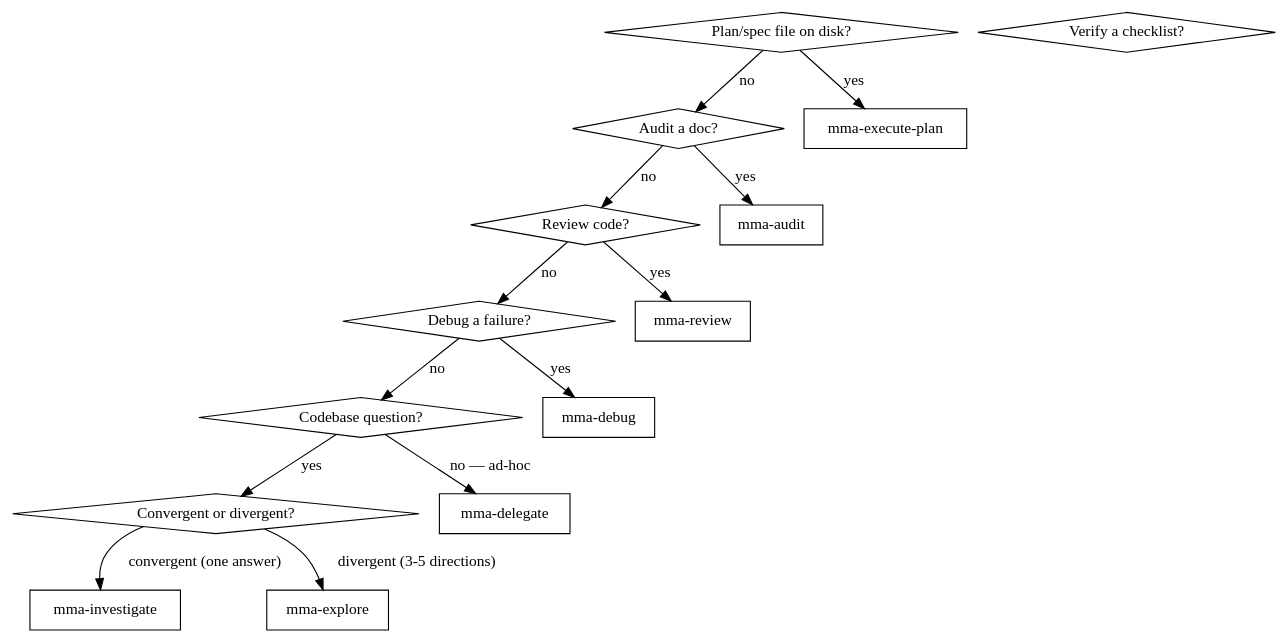
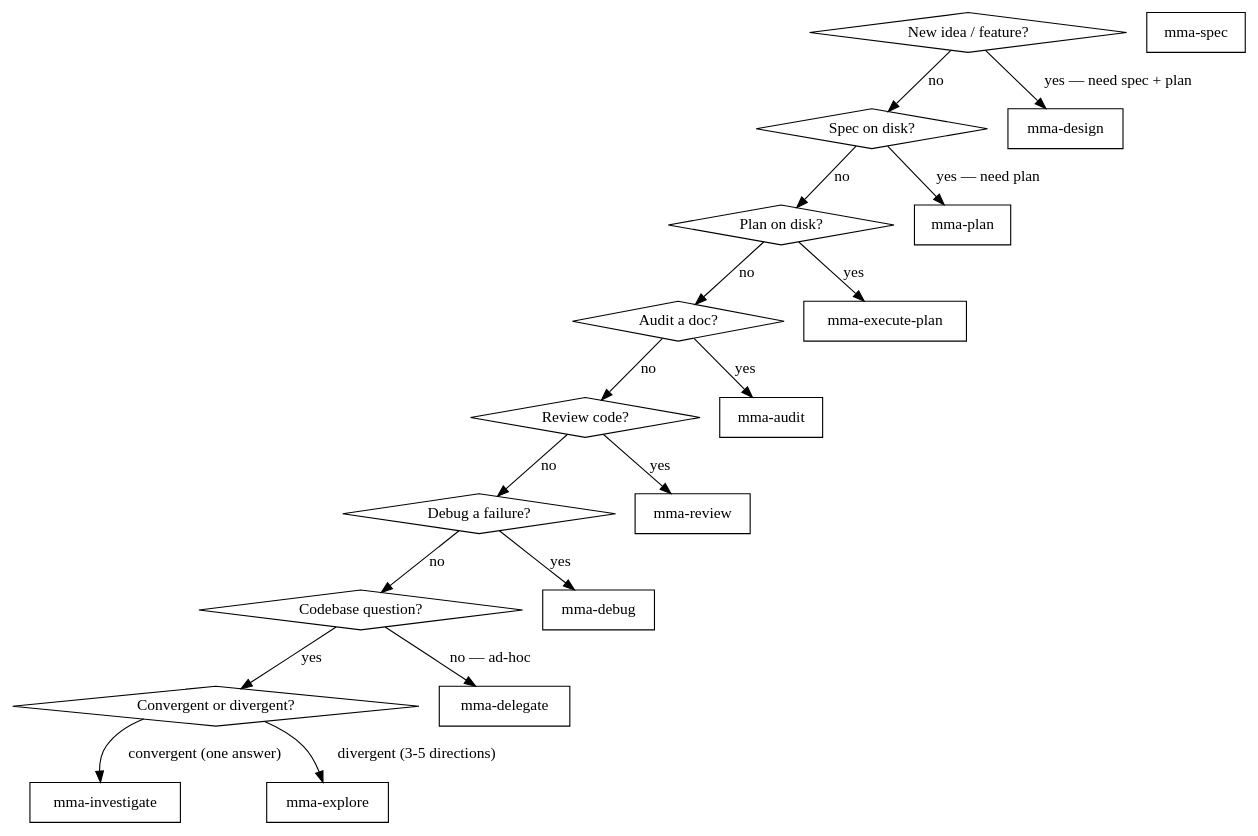
The diagram in packages/server/src/skills/multi-model-agent/SKILL.md (zhixuan312/multi-model-agent), drawn with Graphviz before and after one commit. The commit also changed other lines of this file and 27 other files, not shown here.

First line of the commit message:
feat: add spec and plan task types + mma-design orchestration skill

````diff
--- a/packages/server/src/skills/multi-model-agent/SKILL.md
+++ b/packages/server/src/skills/multi-model-agent/SKILL.md
@@ -18,31 +18,39 @@
 ```dot
 digraph picker {
-    "Plan/spec file on disk?" [shape=diamond];
+    "New idea / feature?" [shape=diamond];
+    "Spec on disk?" [shape=diamond];
+    "Plan on disk?" [shape=diamond];
     "Audit a doc?" [shape=diamond];
     "Review code?" [shape=diamond];
-    "Verify a checklist?" [shape=diamond];
     "Debug a failure?" [shape=diamond];
     "Codebase question?" [shape=diamond];
     "Convergent or divergent?" [shape=diamond];
+    "mma-design" [shape=box];
+    "mma-spec" [shape=box];
+    "mma-plan" [shape=box];
     "mma-execute-plan" [shape=box];
     "mma-audit" [shape=box];
     "mma-review" [shape=box];
     "mma-debug" [shape=box];
     "mma-investigate" [shape=box];
     "mma-explore" [shape=box];
     "mma-delegate" [shape=box];
 
-    "Plan/spec file on disk?" -> "mma-execute-plan" [label="yes"];
-    "Plan/spec file on disk?" -> "Audit a doc?" [label="no"];
+    "New idea / feature?" -> "mma-design" [label="yes — need spec + plan"];
+    "New idea / feature?" -> "Spec on disk?" [label="no"];
+    "Spec on disk?" -> "mma-plan" [label="yes — need plan"];
+    "Spec on disk?" -> "Plan on disk?" [label="no"];
+    "Plan on disk?" -> "mma-execute-plan" [label="yes"];
+    "Plan on disk?" -> "Audit a doc?" [label="no"];
     "Audit a doc?" -> "mma-audit" [label="yes"];
     "Audit a doc?" -> "Review code?" [label="no"];
     "Review code?" -> "mma-review" [label="yes"];
     "Review code?" -> "Debug a failure?" [label="no"];
     "Debug a failure?" -> "mma-debug" [label="yes"];
     "Debug a failure?" -> "Codebase question?" [label="no"];
     "Codebase question?" -> "Convergent or divergent?" [label="yes"];
     "Codebase question?" -> "mma-delegate" [label="no — ad-hoc"];
     "Convergent or divergent?" -> "mma-investigate" [label="convergent (one answer)"];
     "Convergent or divergent?" -> "mma-explore" [label="divergent (3-5 directions)"];
 }
 ```
````
